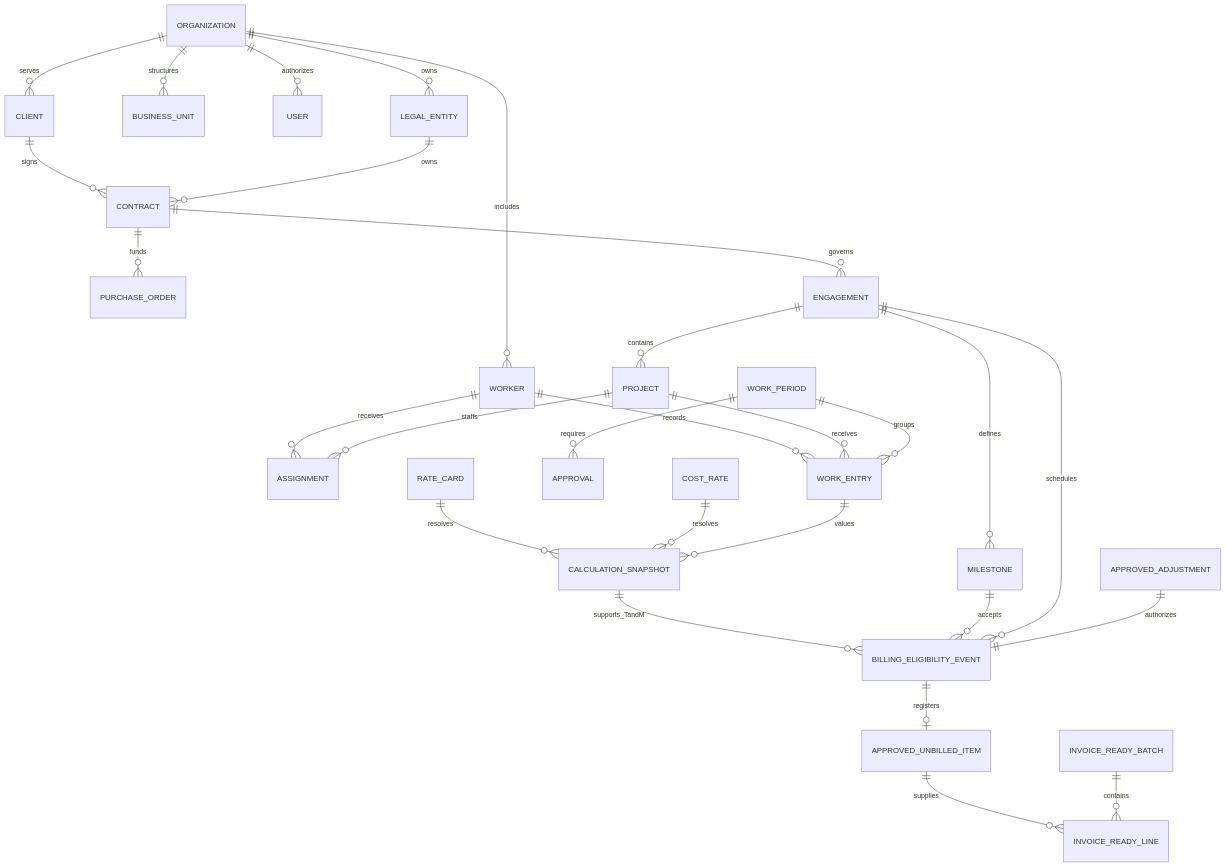
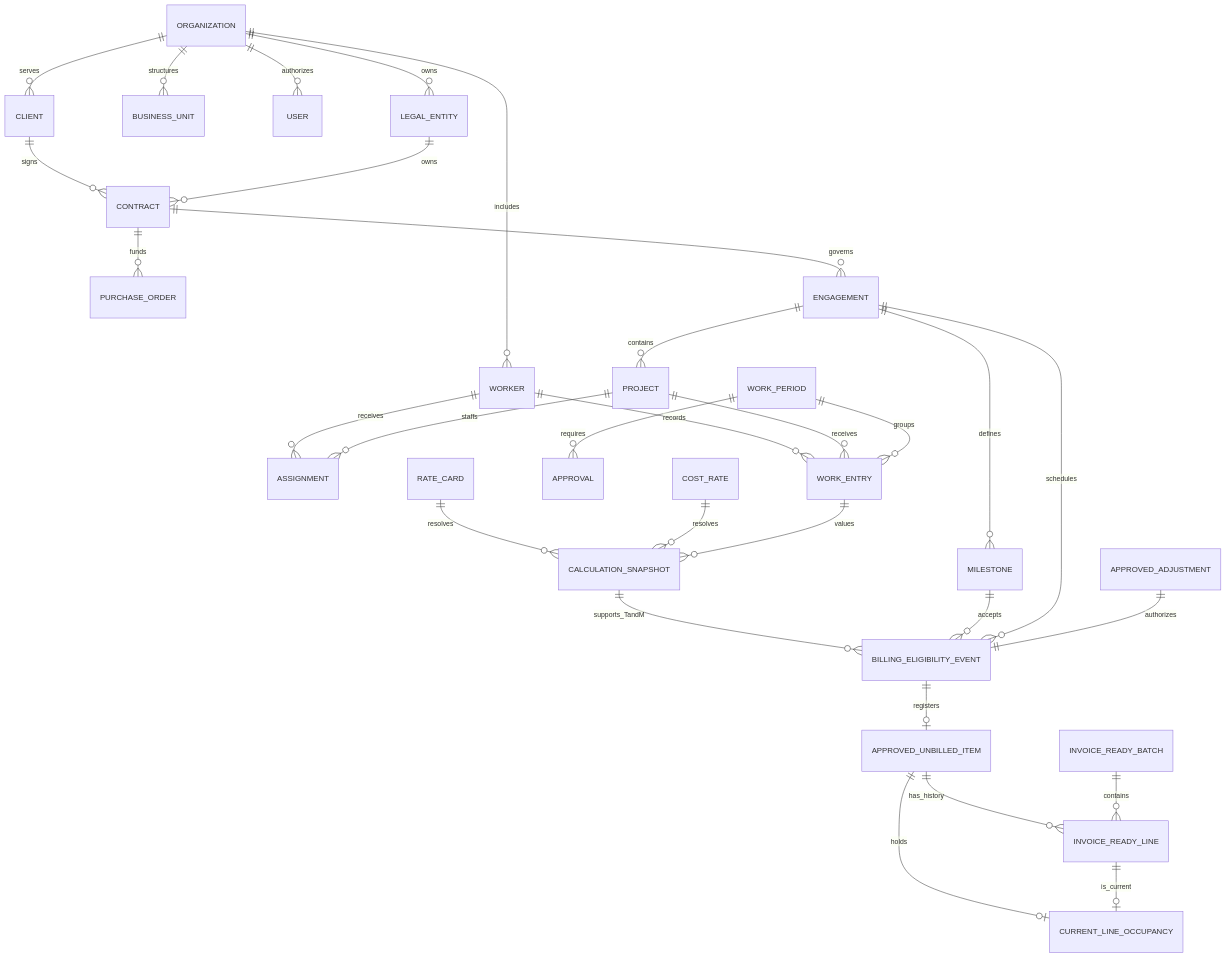
Before and after one commit to APReddy-AutoBotz/WorkOS: the diagram in docs/02-architecture/DOMAIN_MODEL.md, drawn with Mermaid. The commit also changed other lines of this file, not shown here.

Commit message:
docs: model unique invoice line occupancy

````diff
--- a/docs/02-architecture/DOMAIN_MODEL.md
+++ b/docs/02-architecture/DOMAIN_MODEL.md
@@ -9,30 +9,32 @@
 ```mermaid
 erDiagram
     ORGANIZATION ||--o{ LEGAL_ENTITY : owns
     ORGANIZATION ||--o{ BUSINESS_UNIT : structures
     ORGANIZATION ||--o{ USER : authorizes
     ORGANIZATION ||--o{ WORKER : includes
     ORGANIZATION ||--o{ CLIENT : serves
     CLIENT ||--o{ CONTRACT : signs
     LEGAL_ENTITY ||--o{ CONTRACT : owns
     CONTRACT ||--o{ PURCHASE_ORDER : funds
     CONTRACT ||--o{ ENGAGEMENT : governs
     ENGAGEMENT ||--o{ PROJECT : contains
     ENGAGEMENT ||--o{ MILESTONE : defines
     WORKER ||--o{ ASSIGNMENT : receives
     PROJECT ||--o{ ASSIGNMENT : staffs
     WORKER ||--o{ WORK_ENTRY : records
     PROJECT ||--o{ WORK_ENTRY : receives
     WORK_PERIOD ||--o{ WORK_ENTRY : groups
     WORK_PERIOD ||--o{ APPROVAL : requires
     RATE_CARD ||--o{ CALCULATION_SNAPSHOT : resolves
     COST_RATE ||--o{ CALCULATION_SNAPSHOT : resolves
     WORK_ENTRY ||--o{ CALCULATION_SNAPSHOT : values
     CALCULATION_SNAPSHOT ||--o{ BILLING_ELIGIBILITY_EVENT : supports_TandM
     MILESTONE ||--o{ BILLING_ELIGIBILITY_EVENT : accepts
     ENGAGEMENT ||--o{ BILLING_ELIGIBILITY_EVENT : schedules
     APPROVED_ADJUSTMENT ||--|| BILLING_ELIGIBILITY_EVENT : authorizes
     BILLING_ELIGIBILITY_EVENT ||--o| APPROVED_UNBILLED_ITEM : registers
-    APPROVED_UNBILLED_ITEM ||--o{ INVOICE_READY_LINE : supplies
+    APPROVED_UNBILLED_ITEM ||--o{ INVOICE_READY_LINE : has_history
+    APPROVED_UNBILLED_ITEM ||--o| CURRENT_LINE_OCCUPANCY : holds
+    INVOICE_READY_LINE ||--o| CURRENT_LINE_OCCUPANCY : is_current
     INVOICE_READY_BATCH ||--o{ INVOICE_READY_LINE : contains
 ```
````
